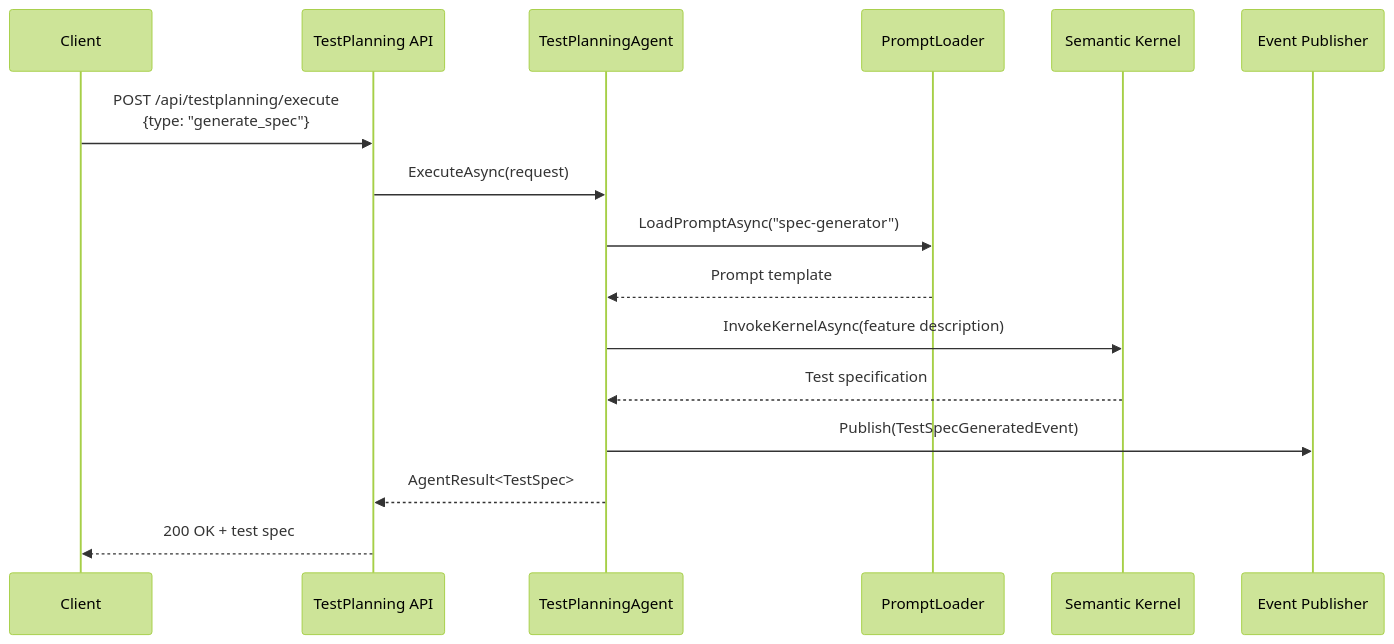
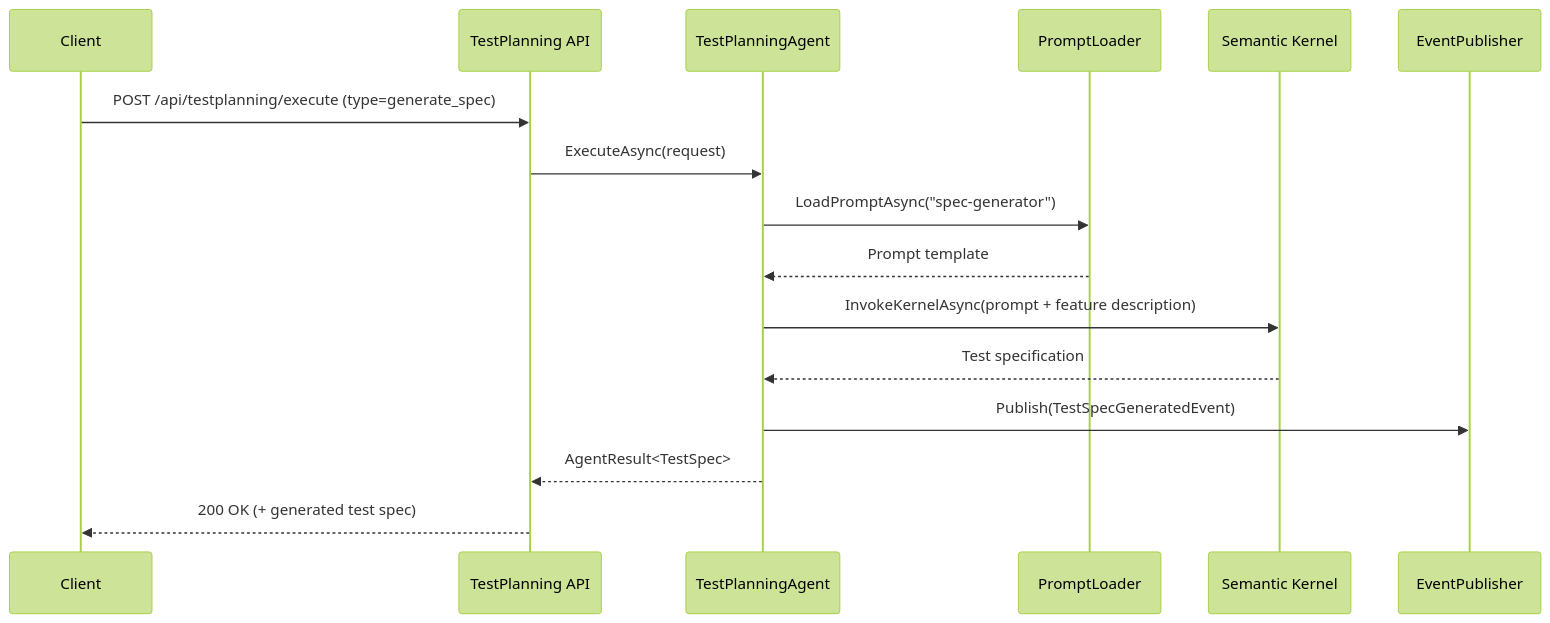
One commit to Lukeus/my-agents changed the sixth of 10 diagrams in README.md. Above: the diagram before and after it, drawn with Mermaid (forest theme). The commit also changed other lines of this file and 28 other files, not shown here.

````diff
--- a/README.md
+++ b/README.md
@@ -157,19 +378,19 @@
 ```mermaid
 sequenceDiagram
     participant Client
     participant API as TestPlanning API
     participant Agent as TestPlanningAgent
     participant Prompt as PromptLoader
     participant LLM as Semantic Kernel
-    participant Events as Event Publisher
+    participant Events as EventPublisher
     
-    Client->>API: POST /api/testplanning/execute<br/>{type: "generate_spec"}
+    Client->>API: POST /api/testplanning/execute (type=generate_spec)
     API->>Agent: ExecuteAsync(request)
     Agent->>Prompt: LoadPromptAsync("spec-generator")
     Prompt-->>Agent: Prompt template
-    Agent->>LLM: InvokeKernelAsync(feature description)
+    Agent->>LLM: InvokeKernelAsync(prompt + feature description)
     LLM-->>Agent: Test specification
     Agent->>Events: Publish(TestSpecGeneratedEvent)
     Agent-->>API: AgentResult<TestSpec>
-    API-->>Client: 200 OK + test spec
+    API-->>Client: 200 OK (+ generated test spec)
 ```
````
